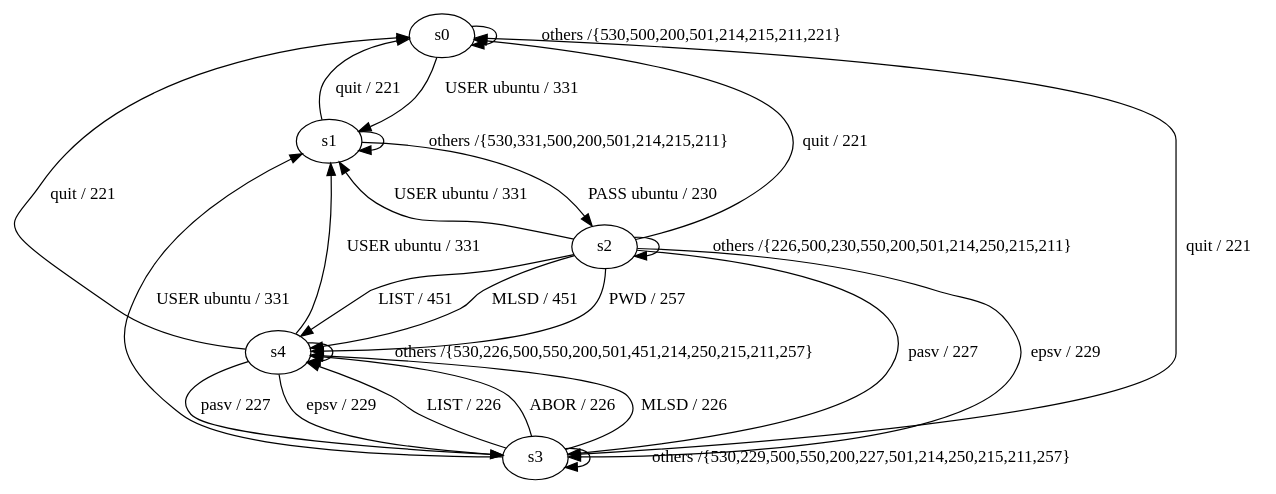
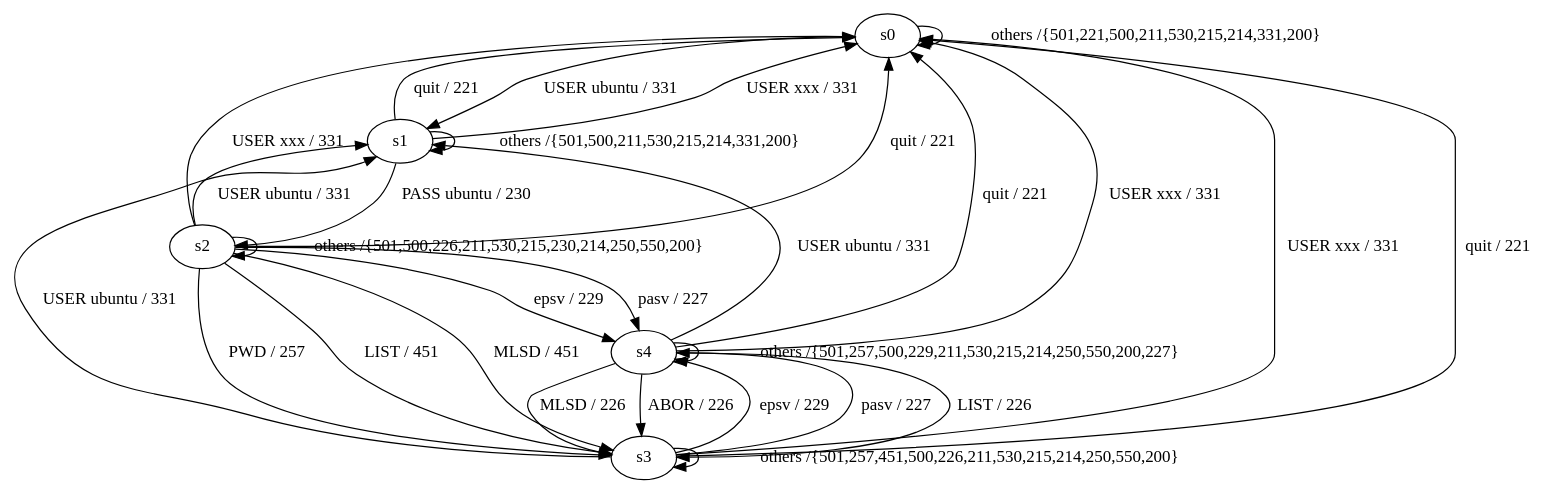
Before and after one commit to cristiandaniele/ftp-statemodel-learner: the diagram in State models/Light FTP_clean.dot, drawn with Graphviz. The commit also changed 13 other files, not shown here.

```diff
--- a/State models/Light FTP_clean.dot
+++ b/State models/Light FTP_clean.dot
@@ -1,31 +1,35 @@
 digraph  {
 s0;
 s1;
 s2;
 s3;
 s4;
 s0 -> s1  [key=0, label="USER ubuntu / 331"];
-s0 -> s0  [key=0, label="others /{530,500,200,501,214,215,211,221}"];
+s0 -> s0  [key=0, label="others /{501,221,500,211,530,215,214,331,200}"];
 s1 -> s2  [key=0, label="PASS ubuntu / 230"];
-s1 -> s0  [key=0, label="quit / 221"];
-s1 -> s1  [key=0, label="others /{530,331,500,200,501,214,215,211}"];
+s1 -> s0  [key=0, label="USER xxx / 331"];
+s1 -> s0  [key=1, label="quit / 221"];
+s1 -> s1  [key=0, label="others /{501,500,211,530,215,214,331,200}"];
 s2 -> s1  [key=0, label="USER ubuntu / 331"];
-s2 -> s3  [key=0, label="epsv / 229"];
-s2 -> s3  [key=1, label="pasv / 227"];
-s2 -> s4  [key=0, label="PWD / 257"];
-s2 -> s4  [key=1, label="LIST / 451"];
-s2 -> s4  [key=2, label="MLSD / 451"];
-s2 -> s0  [key=0, label="quit / 221"];
-s2 -> s2  [key=0, label="others /{226,500,230,550,200,501,214,250,215,211}"];
+s2 -> s0  [key=0, label="USER xxx / 331"];
+s2 -> s0  [key=1, label="quit / 221"];
+s2 -> s3  [key=0, label="PWD / 257"];
+s2 -> s3  [key=1, label="LIST / 451"];
+s2 -> s3  [key=2, label="MLSD / 451"];
+s2 -> s4  [key=0, label="epsv / 229"];
+s2 -> s4  [key=1, label="pasv / 227"];
+s2 -> s2  [key=0, label="others /{501,500,226,211,530,215,230,214,250,550,200}"];
 s3 -> s1  [key=0, label="USER ubuntu / 331"];
-s3 -> s4  [key=0, label="LIST / 226"];
-s3 -> s4  [key=1, label="ABOR / 226"];
-s3 -> s4  [key=2, label="MLSD / 226"];
-s3 -> s0  [key=0, label="quit / 221"];
-s3 -> s3  [key=0, label="others /{530,229,500,550,200,227,501,214,250,215,211,257}"];
+s3 -> s0  [key=0, label="USER xxx / 331"];
+s3 -> s0  [key=1, label="quit / 221"];
+s3 -> s4  [key=0, label="epsv / 229"];
+s3 -> s4  [key=1, label="pasv / 227"];
+s3 -> s3  [key=0, label="others /{501,257,451,500,226,211,530,215,214,250,550,200}"];
 s4 -> s1  [key=0, label="USER ubuntu / 331"];
-s4 -> s3  [key=0, label="epsv / 229"];
-s4 -> s3  [key=1, label="pasv / 227"];
-s4 -> s0  [key=0, label="quit / 221"];
-s4 -> s4  [key=0, label="others /{530,226,500,550,200,501,451,214,250,215,211,257}"];
+s4 -> s0  [key=0, label="USER xxx / 331"];
+s4 -> s0  [key=1, label="quit / 221"];
+s4 -> s3  [key=0, label="LIST / 226"];
+s4 -> s3  [key=1, label="ABOR / 226"];
+s4 -> s3  [key=2, label="MLSD / 226"];
+s4 -> s4  [key=0, label="others /{501,257,500,229,211,530,215,214,250,550,200,227}"];
 }
```
